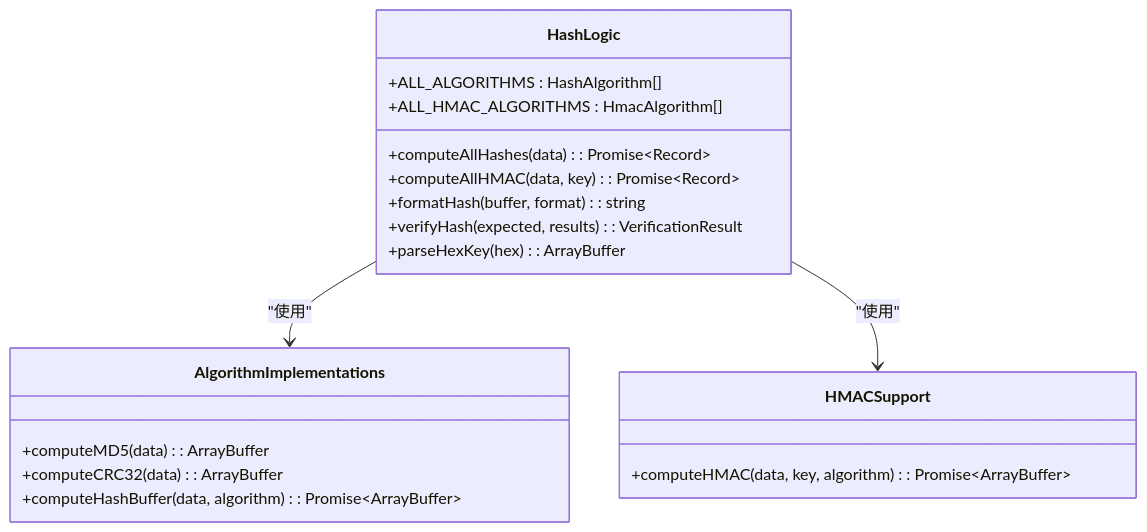
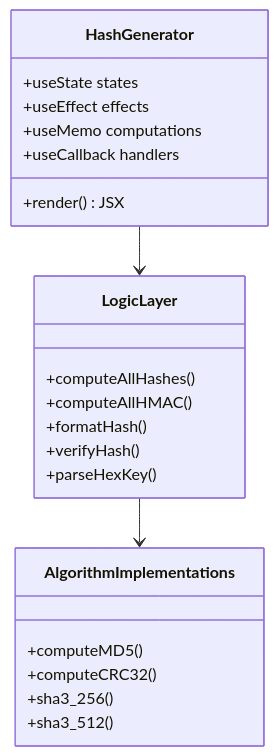
One commit to sgyy/privadeck changed the second of 6 diagrams in .qoder/repowiki/zh/content/开发者工具/哈希生成工具.md. Above: the diagram before and after it, drawn with Mermaid. The commit also changed other lines of this file and 23 other files, not shown here.

````diff
--- a/.qoder/repowiki/zh/content/开发者工具/哈希生成工具.md
+++ b/.qoder/repowiki/zh/content/开发者工具/哈希生成工具.md
@@ -220,22 +116,25 @@
 ```mermaid
 classDiagram
-class HashLogic {
-+ALL_ALGORITHMS : HashAlgorithm[]
-+ALL_HMAC_ALGORITHMS : HmacAlgorithm[]
-+computeAllHashes(data) : Promise~Record~
-+computeAllHMAC(data, key) : Promise~Record~
-+formatHash(buffer, format) : string
-+verifyHash(expected, results) : VerificationResult
-+parseHexKey(hex) : ArrayBuffer
+class HashGenerator {
++useState states
++useEffect effects
++useMemo computations
++useCallback handlers
++render() JSX
+}
+class LogicLayer {
++computeAllHashes()
++computeAllHMAC()
++formatHash()
++verifyHash()
++parseHexKey()
 }
 class AlgorithmImplementations {
-+computeMD5(data) : ArrayBuffer
-+computeCRC32(data) : ArrayBuffer
-+computeHashBuffer(data, algorithm) : Promise~ArrayBuffer~
++computeMD5()
++computeCRC32()
++sha3_256()
++sha3_512()
 }
-class HMACSupport {
-+computeHMAC(data, key, algorithm) : Promise~ArrayBuffer~
-}
-HashLogic --> AlgorithmImplementations : "使用"
-HashLogic --> HMACSupport : "使用"
+HashGenerator --> LogicLayer
+LogicLayer --> AlgorithmImplementations
 ```
````
